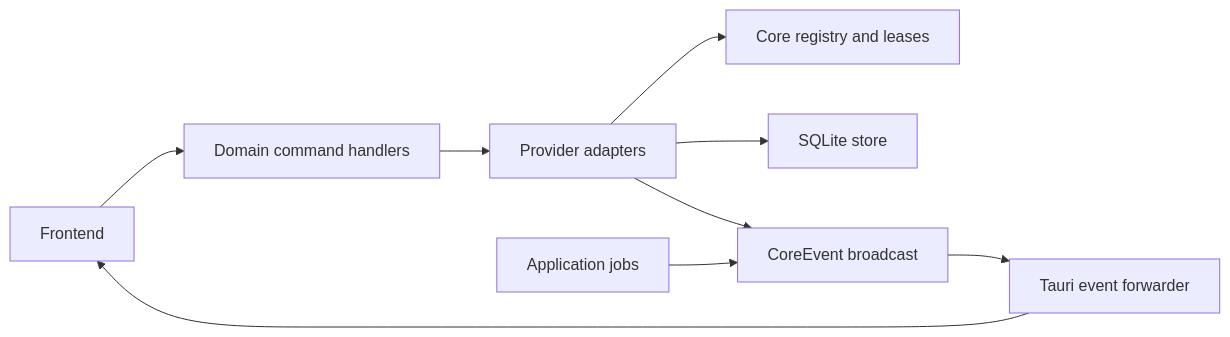
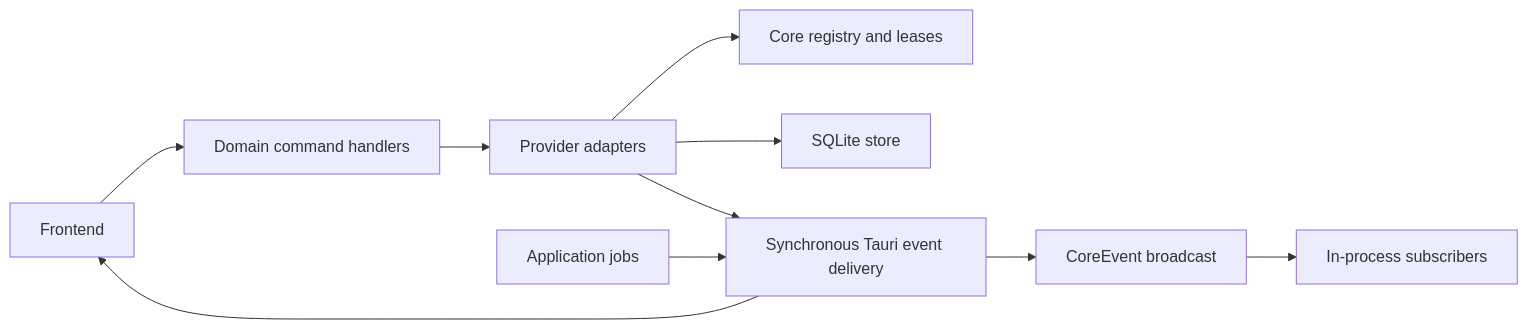
One commit to trykA123/paperwing changed the diagram in docs/architecture.md. Above: the diagram before and after it, drawn with Mermaid. The commit also changed other lines of this file and 34 other files, not shown here.

First line of the commit message:
Packet 38 round 2: synchronous frontend events, settings.json owns Source.enabled, typed payloads, cancel on emit failure, core renamed kernel, accessible switch (Gemini 3.8 flash high, continuing sol)

````diff
--- a/docs/architecture.md
+++ b/docs/architecture.md
@@ -8,11 +8,12 @@
 ```mermaid
 flowchart LR
   UI[Frontend] --> IPC[Domain command handlers]
   IPC --> Providers[Provider adapters]
   Providers --> Registry[Core registry and leases]
   Providers --> Store[SQLite store]
-  Jobs[Application jobs] --> Bus[CoreEvent broadcast]
-  Providers --> Bus
-  Bus --> Forwarder[Tauri event forwarder]
-  Forwarder --> UI
+  Jobs[Application jobs] --> Delivery[Synchronous Tauri event delivery]
+  Providers --> Delivery
+  Delivery --> UI
+  Delivery --> Bus[CoreEvent broadcast]
+  Bus --> Subscribers[In-process subscribers]
 ```
````
